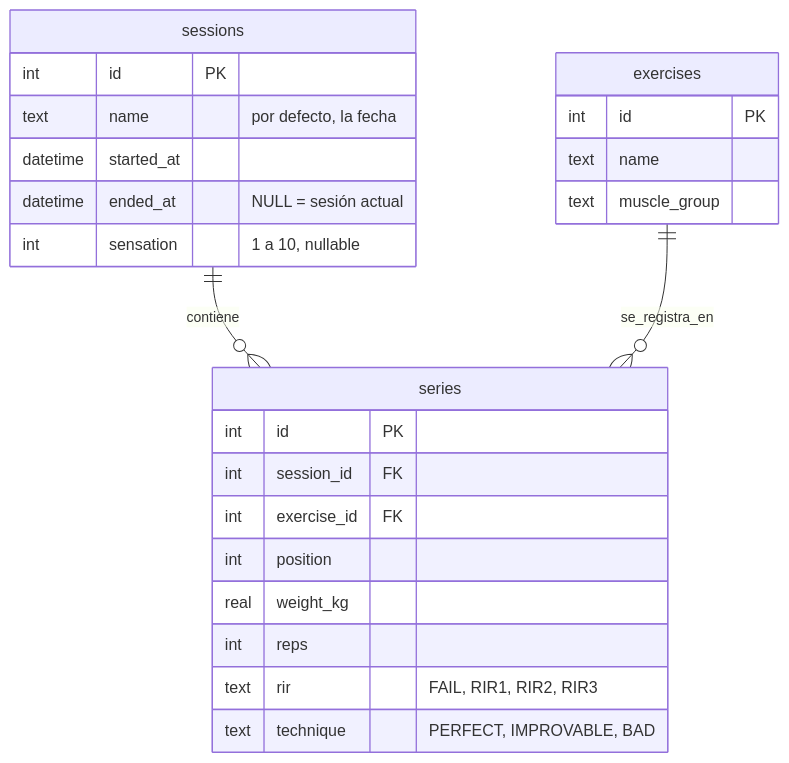
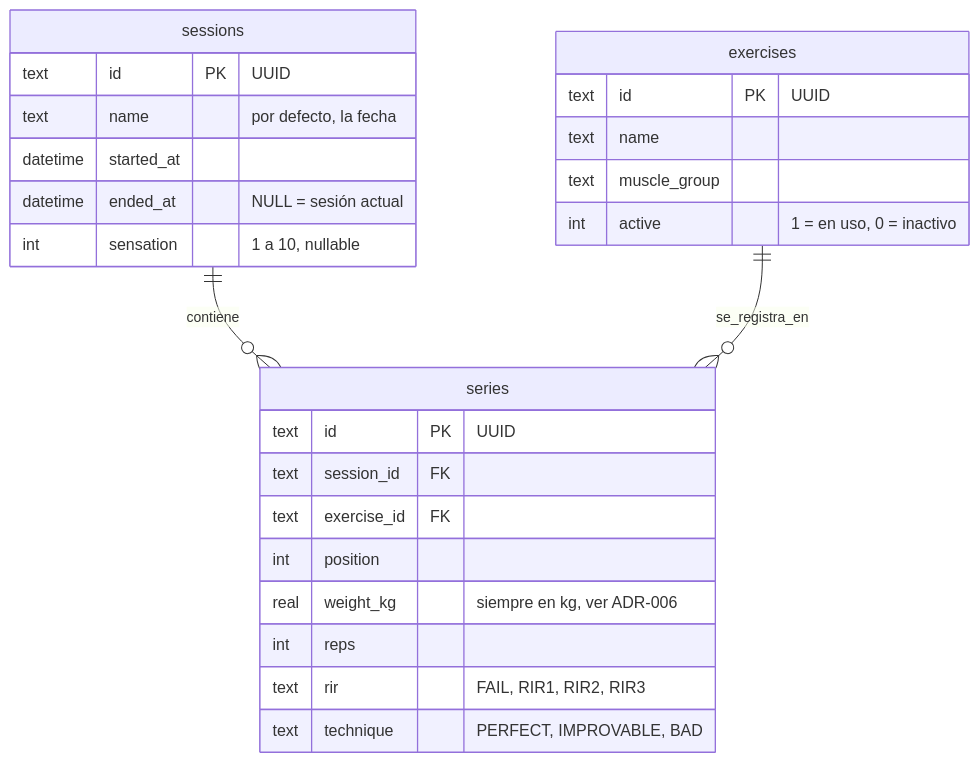
Before and after one commit to Anton-2012/remi-track: the first of 6 diagrams in docs/ARCHITECTURE.md, drawn with Mermaid. The commit also changed other lines of this file, not shown here.

````diff
--- a/docs/ARCHITECTURE.md
+++ b/docs/ARCHITECTURE.md
@@ -7,28 +7,29 @@
 ```mermaid
 erDiagram
     sessions ||--o{ series : contiene
     exercises ||--o{ series : se_registra_en
 
     sessions {
-        int id PK
+        text id PK "UUID"
         text name "por defecto, la fecha"
         datetime started_at
         datetime ended_at "NULL = sesión actual"
         int sensation "1 a 10, nullable"
     }
     exercises {
-        int id PK
+        text id PK "UUID"
         text name
         text muscle_group
+        int active "1 = en uso, 0 = inactivo"
     }
     series {
-        int id PK
-        int session_id FK
-        int exercise_id FK
+        text id PK "UUID"
+        text session_id FK
+        text exercise_id FK
         int position
-        real weight_kg
+        real weight_kg "siempre en kg, ver ADR-006"
         int reps
         text rir "FAIL, RIR1, RIR2, RIR3"
         text technique "PERFECT, IMPROVABLE, BAD"
     }
 ```
````
